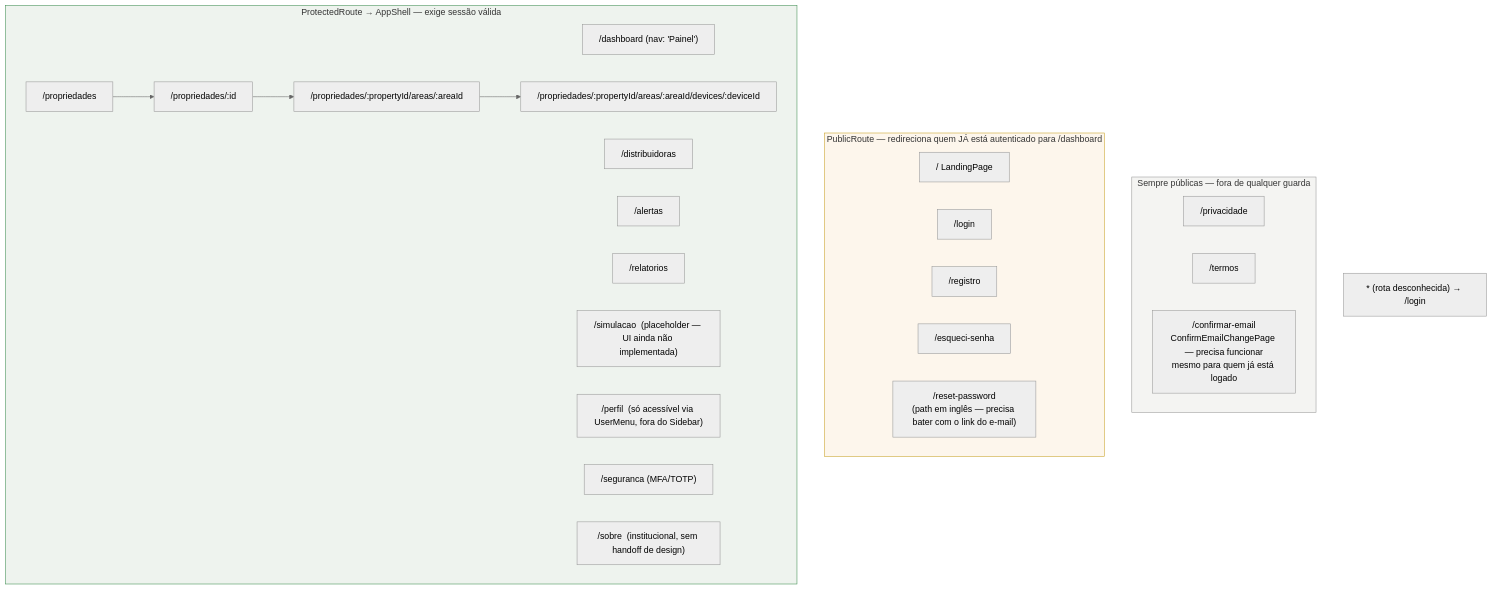
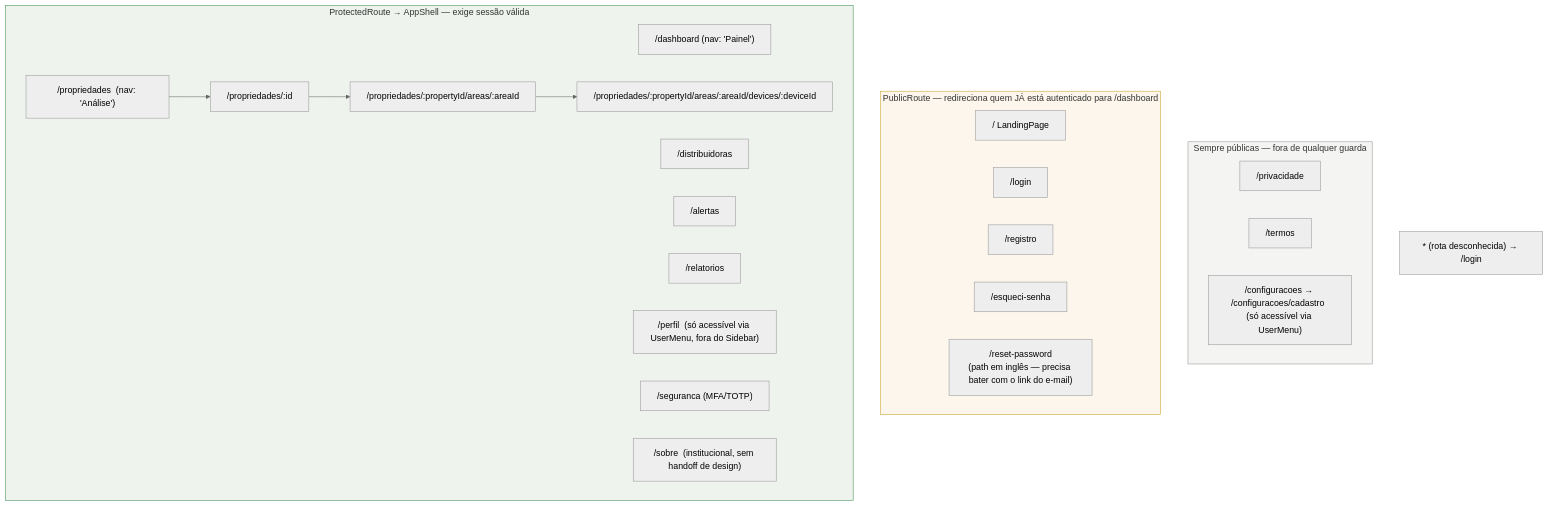
Before and after one commit to viniciussartini/lumitrack: the first of 4 diagrams in frontend/README.md, drawn with Mermaid (neutral theme). The commit also changed other lines of this file and 56 other files, not shown here.

````diff
--- a/frontend/README.md
+++ b/frontend/README.md
@@ -105,39 +105,39 @@
 ```mermaid
 flowchart TB
     subgraph FREE["Sempre públicas — fora de qualquer guarda"]
         PRIV["/privacidade"]
         TERM["/termos"]
         CONF["/confirmar-email<br/>ConfirmEmailChangePage — precisa funcionar<br/>mesmo para quem já está logado"]
     end
 
     subgraph PUB["PublicRoute — redireciona quem JÁ está autenticado para /dashboard"]
         ROOT["/  LandingPage"]
         LOGIN["/login"]
         REG["/registro"]
         FORGOT["/esqueci-senha"]
         RESET["/reset-password<br/>(path em inglês — precisa bater com o link do e-mail)"]
     end
 
     subgraph PROT["ProtectedRoute → AppShell — exige sessão válida"]
         DASH["/dashboard  (nav: 'Painel')"]
         DIST["/distribuidoras"]
-        PROP["/propriedades"]
+        PROP["/propriedades  (nav: 'Análise')"]
         PROPD["/propriedades/:id"]
         AREAD["/propriedades/:propertyId/areas/:areaId"]
         DEVD["/propriedades/:propertyId/areas/:areaId/devices/:deviceId"]
         ALERT["/alertas"]
         REP["/relatorios"]
-        SIM["/simulacao  (placeholder — UI ainda não implementada)"]
         PERF["/perfil  (só acessível via UserMenu, fora do Sidebar)"]
         SEC["/seguranca  (MFA/TOTP)"]
+        CONF["/configuracoes → /configuracoes/cadastro  (só acessível via UserMenu)"]
         SOBRE["/sobre  (institucional, sem handoff de design)"]
     end
 
     FALLBACK["* (rota desconhecida) → /login"]
 
     PROP --> PROPD --> AREAD --> DEVD
 
     style FREE fill:#f4f4f2,stroke:#999
     style PUB fill:#fdf6ec,stroke:#c9a227
     style PROT fill:#eef3ee,stroke:#3f8f52
 ```
````
